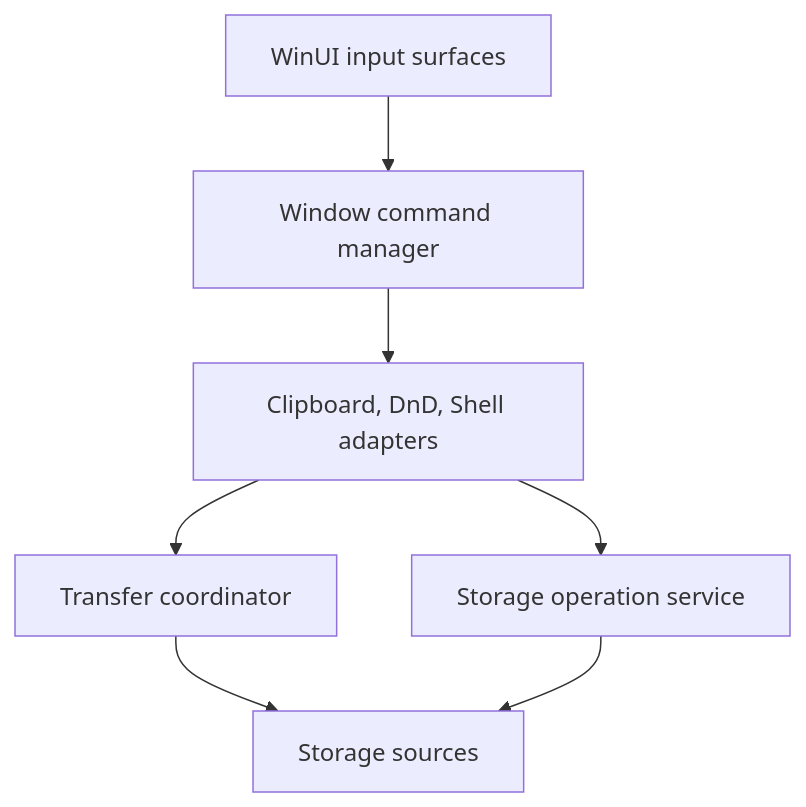
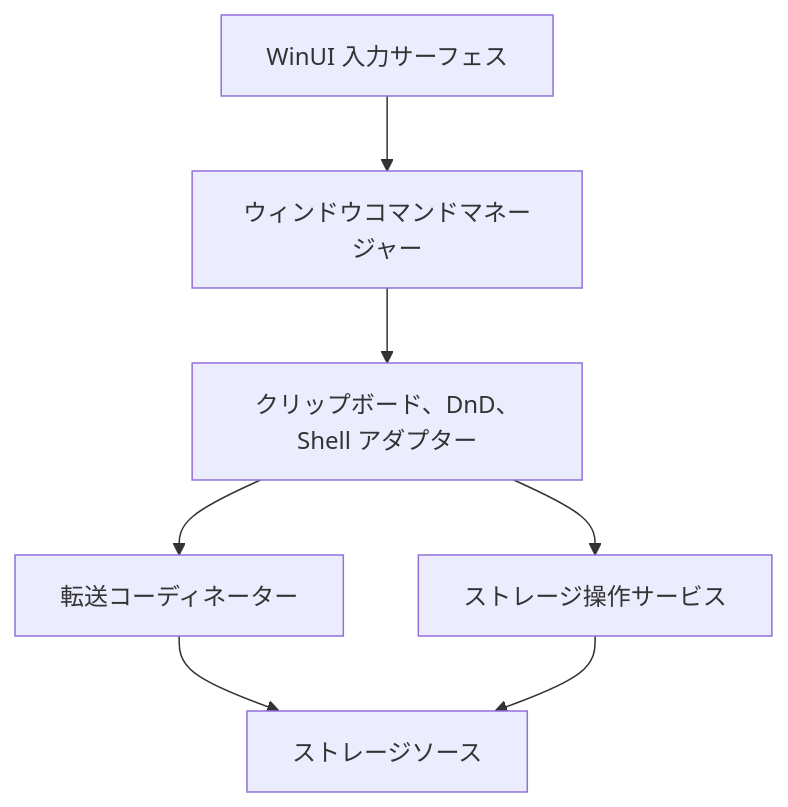
The first of 5 diagrams in docs/architecture/platform-interactions.md (0x5bfa/Files), drawn with Mermaid before and after one commit. The commit also changed other lines of this file and 18 other files, not shown here.

Commit message:
Translate architecture docs to Japanese

````diff
--- a/docs/architecture/platform-interactions.md
+++ b/docs/architecture/platform-interactions.md
@@ -15,16 +11,16 @@
 ```mermaid
 flowchart TB
-    Views["WinUI input surfaces"]
-    Commands["Window command manager"]
-    Adapters["Clipboard, DnD, Shell adapters"]
-    Transfer["Transfer coordinator"]
-    Operations["Storage operation service"]
-    Sources["Storage sources"]
+    Views["WinUI 入力サーフェス"]
+    Commands["ウィンドウコマンドマネージャー"]
+    Adapters["クリップボード、DnD、Shell アダプター"]
+    Transfer["転送コーディネーター"]
+    Operations["ストレージ操作サービス"]
+    Sources["ストレージソース"]
 
     Views --> Commands
     Commands --> Adapters
     Adapters --> Transfer
     Adapters --> Operations
     Transfer --> Sources
     Operations --> Sources
 ```
````
